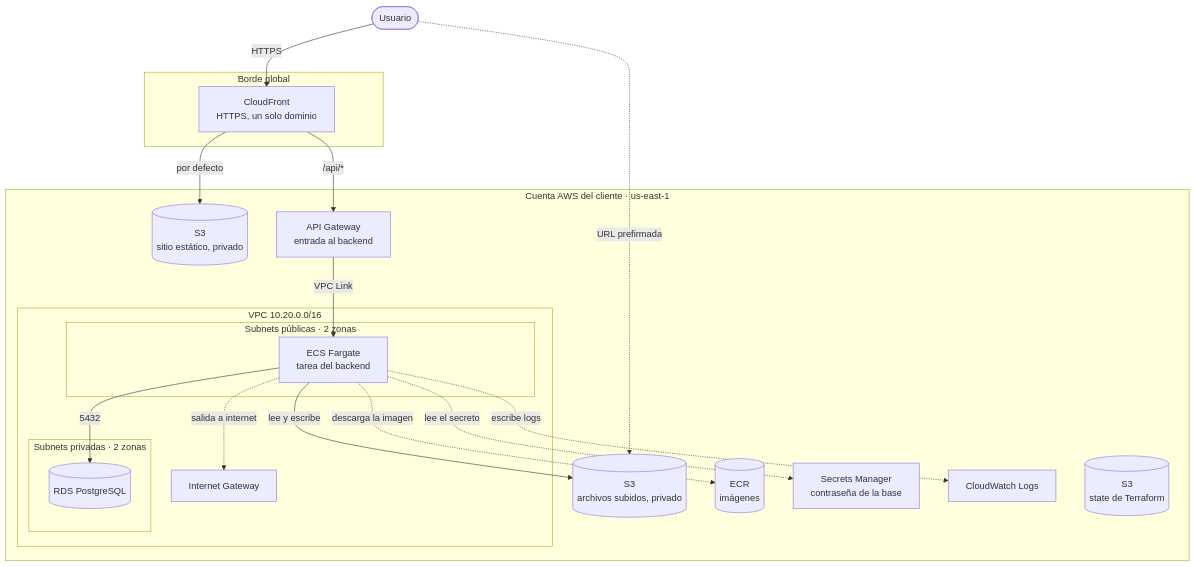
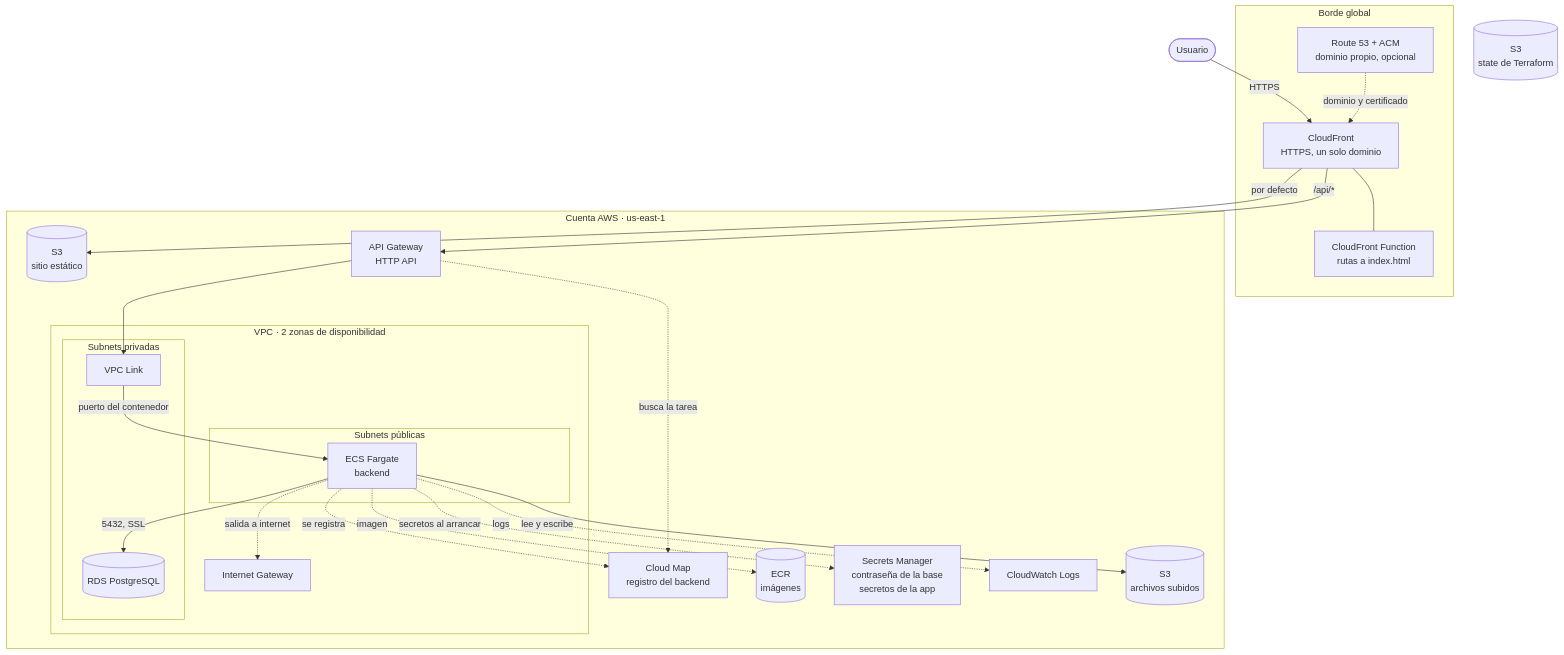
The diagram in docs/architecture/overview.md (FrnndCndr/aws-terraform-platform), drawn with Mermaid before and after one commit. The commit also changed other lines of this file, not shown here.

Commit message:
docs(architecture): rewrite overview with layers, cloud map, secrets and access rules

````diff
--- a/docs/architecture/overview.md
+++ b/docs/architecture/overview.md
@@ -5,42 +7,51 @@
 ```mermaid
 flowchart TB
     user([Usuario])
 
     subgraph edge[Borde global]
         cf[CloudFront<br/>HTTPS, un solo dominio]
+        cff[CloudFront Function<br/>rutas a index.html]
+        dns[Route 53 + ACM<br/>dominio propio, opcional]
     end
 
-    subgraph account[Cuenta AWS del cliente · us-east-1]
-        s3site[(S3<br/>sitio estático, privado)]
-        s3uploads[(S3<br/>archivos subidos, privado)]
-        apigw[API Gateway<br/>entrada al backend]
+    subgraph account[Cuenta AWS · us-east-1]
+        s3site[(S3<br/>sitio estático)]
+        apigw[API Gateway<br/>HTTP API]
+        cloudmap[Cloud Map<br/>registro del backend]
         ecr[(ECR<br/>imágenes)]
-        secrets[Secrets Manager<br/>contraseña de la base]
+        secrets[Secrets Manager<br/>contraseña de la base<br/>secretos de la app]
         logs[CloudWatch Logs]
-        s3state[(S3<br/>state de Terraform)]
+        s3uploads[(S3<br/>archivos subidos)]
 
-        subgraph vpc[VPC 10.20.0.0/16]
+        subgraph vpc[VPC · 2 zonas de disponibilidad]
             igw[Internet Gateway]
 
-            subgraph public[Subnets públicas · 2 zonas]
-                ecs[ECS Fargate<br/>tarea del backend]
+            subgraph public[Subnets públicas]
+                ecs[ECS Fargate<br/>backend]
             end
 
-            subgraph private[Subnets privadas · 2 zonas]
+            subgraph private[Subnets privadas]
+                vpclink[VPC Link]
                 rds[(RDS PostgreSQL)]
             end
         end
     end
 
+    s3state[(S3<br/>state de Terraform)]
+
     user -->|HTTPS| cf
+    dns -.->|dominio y certificado| cf
+    cf --- cff
     cf -->|por defecto| s3site
     cf -->|/api/*| apigw
-    apigw -->|VPC Link| ecs
-    ecs -->|5432| rds
+    apigw --> vpclink
+    apigw -.->|busca la tarea| cloudmap
+    vpclink -->|puerto del contenedor| ecs
+    ecs -.->|se registra| cloudmap
+    ecs -->|5432, SSL| rds
     ecs -->|lee y escribe| s3uploads
-    user -.->|URL prefirmada| s3uploads
-    ecs -.->|descarga la imagen| ecr
-    ecs -.->|lee el secreto| secrets
-    ecs -.->|escribe logs| logs
+    ecs -.->|imagen| ecr
+    ecs -.->|secretos al arrancar| secrets
+    ecs -.->|logs| logs
     ecs -.->|salida a internet| igw
 ```
````
